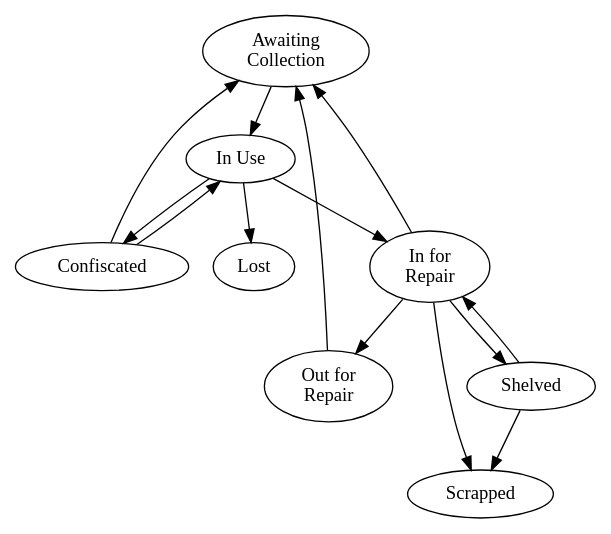
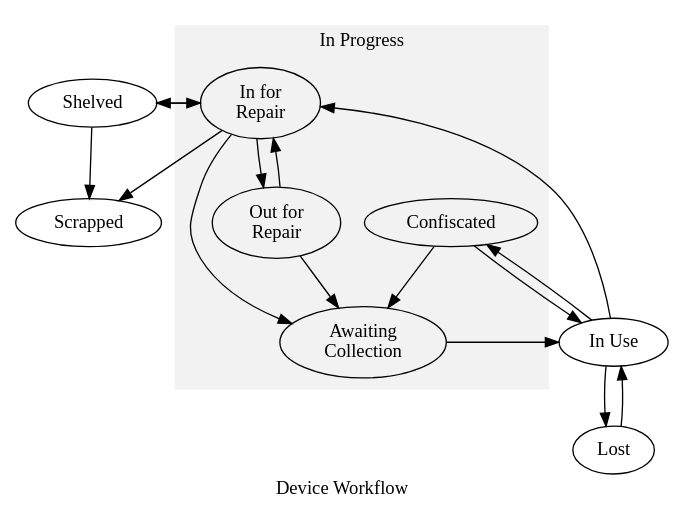
One commit to mike42/device-log changed the diagram in maintenance/statuses/src/devices.dot. Above: the diagram before and after it, drawn with Graphviz. The commit also changed 3 other files, not shown here.

Commit message:
update workflow diagrams

```diff
--- a/maintenance/statuses/src/devices.dot
+++ b/maintenance/statuses/src/devices.dot
@@ -1,22 +1,36 @@
 digraph G {
-graph [overlap=false];
-ac [label="Awaiting\nCollection"];
-con [label="Confiscated"];
-in [label="In for\nRepair"];
-out [label="Out for\nRepair"];
-use [label="In Use"];
-scrap [label="Scrapped"];
-shelf [label="Shelved"];
-lost [label="Lost"];
+	graph [overlap=false];
+	label="Device Workflow";
 
-use -> lost;
-use -> in -> out -> ac -> use;
-use -> con -> ac;
-con -> use;
-in -> shelf;
-in -> scrap;
-in -> ac;
-shelf -> in;
-shelf -> scrap;
+	shelf [label="Shelved"];
+	lost [label="Lost"];
+	use [label="In Use"];
+	scrap [label="Scrapped"];
+
+
+	subgraph cluster0 {
+		style=filled;
+		color=grey95
+		ac [label="Awaiting\nCollection"];
+		con [label="Confiscated"];
+		in [label="In for\nRepair"];
+		out [label="Out for\nRepair"];
+		con -> ac;
+		in -> out -> ac;
+		out -> in;
+		label="In Progress";
+	}
+
+	use -> lost;
+	lost -> use;
+	use -> in;
+	ac -> use;
+	use -> con;
+	con -> use;
+	in -> shelf;
+	in -> scrap;
+	in -> ac;
+	shelf -> in;
+	shelf -> scrap;
 
 }
```
